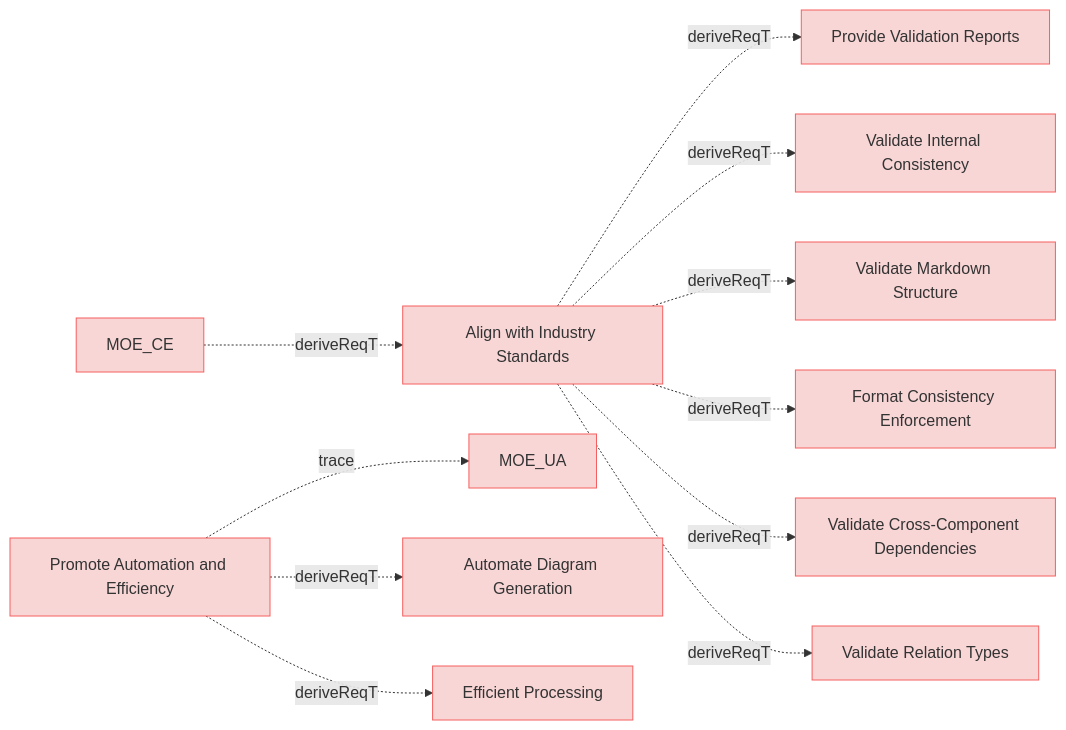
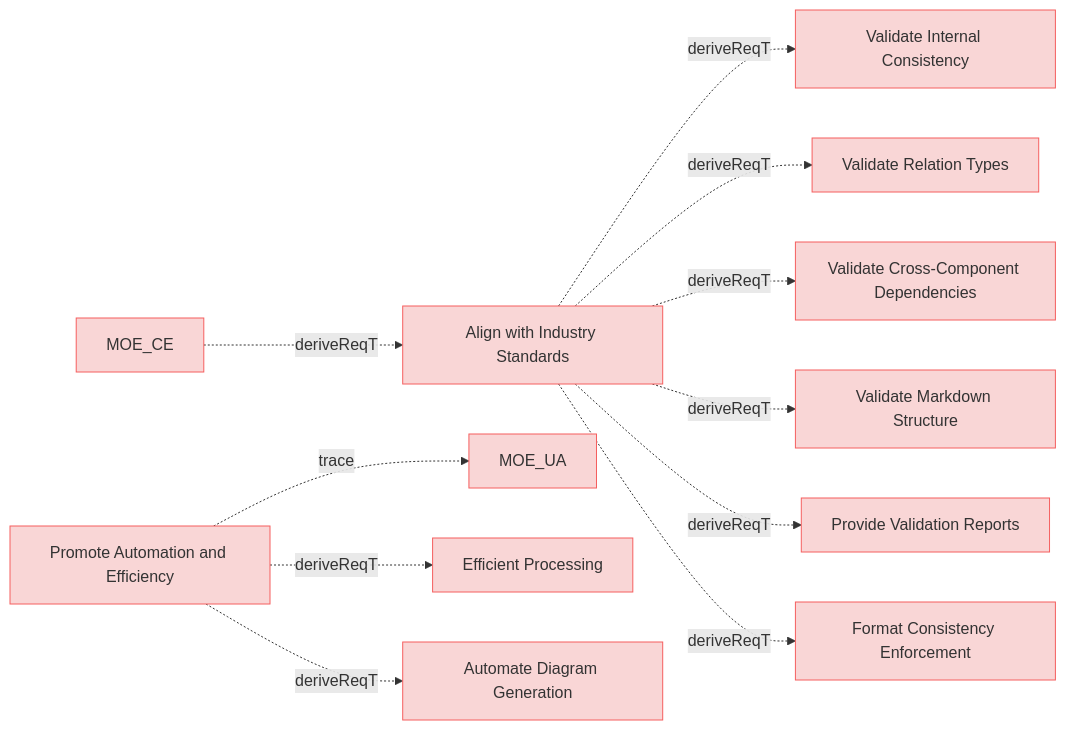
Before and after one commit to reqvire-org/reqvire: the diagram in specifications/MissionRequirements.md, drawn with Mermaid. The commit also changed other lines of this file and 34 other files, not shown here.

````diff
--- a/specifications/MissionRequirements.md
+++ b/specifications/MissionRequirements.md
@@ -5,56 +5,56 @@
 ```mermaid
 graph LR;
   %% REQVIRE-AUTOGENERATED-DIAGRAM
   %% Graph styling
   classDef requirement fill:#f9d6d6,stroke:#f55f5f,stroke-width:1px;
   classDef verification fill:#d6f9d6,stroke:#5fd75f,stroke-width:1px;
   classDef externalLink fill:#d0e0ff,stroke:#3080ff,stroke-width:1px;
   classDef default fill:#f5f5f5,stroke:#333333,stroke-width:1px;
 
   b74eec7ed767e7c["Align with Industry Standards"];
   class b74eec7ed767e7c requirement;
   click b74eec7ed767e7c "MissionRequirements.md#align-with-industry-standards";
+  c50887ce89be280a["Validate Internal Consistency"];
+  class c50887ce89be280a requirement;
+  click c50887ce89be280a "UserRequirements.md#validate-internal-consistency";
+  b74eec7ed767e7c -.->|deriveReqT| c50887ce89be280a;
+  f25cbfbca6d6d92e["Validate Relation Types"];
+  class f25cbfbca6d6d92e requirement;
+  click f25cbfbca6d6d92e "UserRequirements.md#validate-relation-types";
+  b74eec7ed767e7c -.->|deriveReqT| f25cbfbca6d6d92e;
+  3bd9d29239564eeb["Validate Cross-Component Dependencies"];
+  class 3bd9d29239564eeb requirement;
+  click 3bd9d29239564eeb "UserRequirements.md#validate-cross-component-dependencies";
+  b74eec7ed767e7c -.->|deriveReqT| 3bd9d29239564eeb;
+  586b073cd97908da["Validate Markdown Structure"];
+  class 586b073cd97908da requirement;
+  click 586b073cd97908da "UserRequirements.md#validate-markdown-structure";
+  b74eec7ed767e7c -.->|deriveReqT| 586b073cd97908da;
   ed31b6bed1cde2f8["Provide Validation Reports"];
   class ed31b6bed1cde2f8 requirement;
   click ed31b6bed1cde2f8 "UserRequirements.md#provide-validation-reports";
   b74eec7ed767e7c -.->|deriveReqT| ed31b6bed1cde2f8;
-  c50887ce89be280a["Validate Internal Consistency"];
-  class c50887ce89be280a requirement;
-  click c50887ce89be280a "UserRequirements.md#validate-internal-consistency";
-  b74eec7ed767e7c -.->|deriveReqT| c50887ce89be280a;
-  586b073cd97908da["Validate Markdown Structure"];
-  class 586b073cd97908da requirement;
-  click 586b073cd97908da "UserRequirements.md#validate-markdown-structure";
-  b74eec7ed767e7c -.->|deriveReqT| 586b073cd97908da;
   974ccf933675ef44["Format Consistency Enforcement"];
   class 974ccf933675ef44 requirement;
   click 974ccf933675ef44 "UserRequirements.md#format-consistency-enforcement";
   b74eec7ed767e7c -.->|deriveReqT| 974ccf933675ef44;
-  3bd9d29239564eeb["Validate Cross-Component Dependencies"];
-  class 3bd9d29239564eeb requirement;
-  click 3bd9d29239564eeb "UserRequirements.md#validate-cross-component-dependencies";
-  b74eec7ed767e7c -.->|deriveReqT| 3bd9d29239564eeb;
-  f25cbfbca6d6d92e["Validate Relation Types"];
-  class f25cbfbca6d6d92e requirement;
-  click f25cbfbca6d6d92e "UserRequirements.md#validate-relation-types";
-  b74eec7ed767e7c -.->|deriveReqT| f25cbfbca6d6d92e;
   80166c5161b33956["Promote Automation and Efficiency"];
   class 80166c5161b33956 requirement;
   click 80166c5161b33956 "MissionRequirements.md#promote-automation-and-efficiency";
   2c5f30f14e792200["MOE_UA"];
   class 2c5f30f14e792200 requirement;
   click 2c5f30f14e792200 "MOEs.md#moe_ua";
   80166c5161b33956 -.->|trace| 2c5f30f14e792200;
+  d193d11c43776bec["Efficient Processing"];
+  class d193d11c43776bec requirement;
+  click d193d11c43776bec "ManagingMbseModelsRequirements.md#efficient-processing";
+  80166c5161b33956 -.->|deriveReqT| d193d11c43776bec;
   98a581084d5542fa["Automate Diagram Generation"];
   class 98a581084d5542fa requirement;
   click 98a581084d5542fa "UserRequirements.md#automate-diagram-generation";
   80166c5161b33956 -.->|deriveReqT| 98a581084d5542fa;
-  d193d11c43776bec["Efficient Processing"];
-  class d193d11c43776bec requirement;
-  click d193d11c43776bec "ManagingMbseModelsRequirements.md#efficient-processing";
-  80166c5161b33956 -.->|deriveReqT| d193d11c43776bec;
   e9ad540a6411a0fc["MOE_CE"];
   class e9ad540a6411a0fc requirement;
   click e9ad540a6411a0fc "MOEs.md#moe_ce";
   e9ad540a6411a0fc -.->|deriveReqT| b74eec7ed767e7c;
 ```
````
